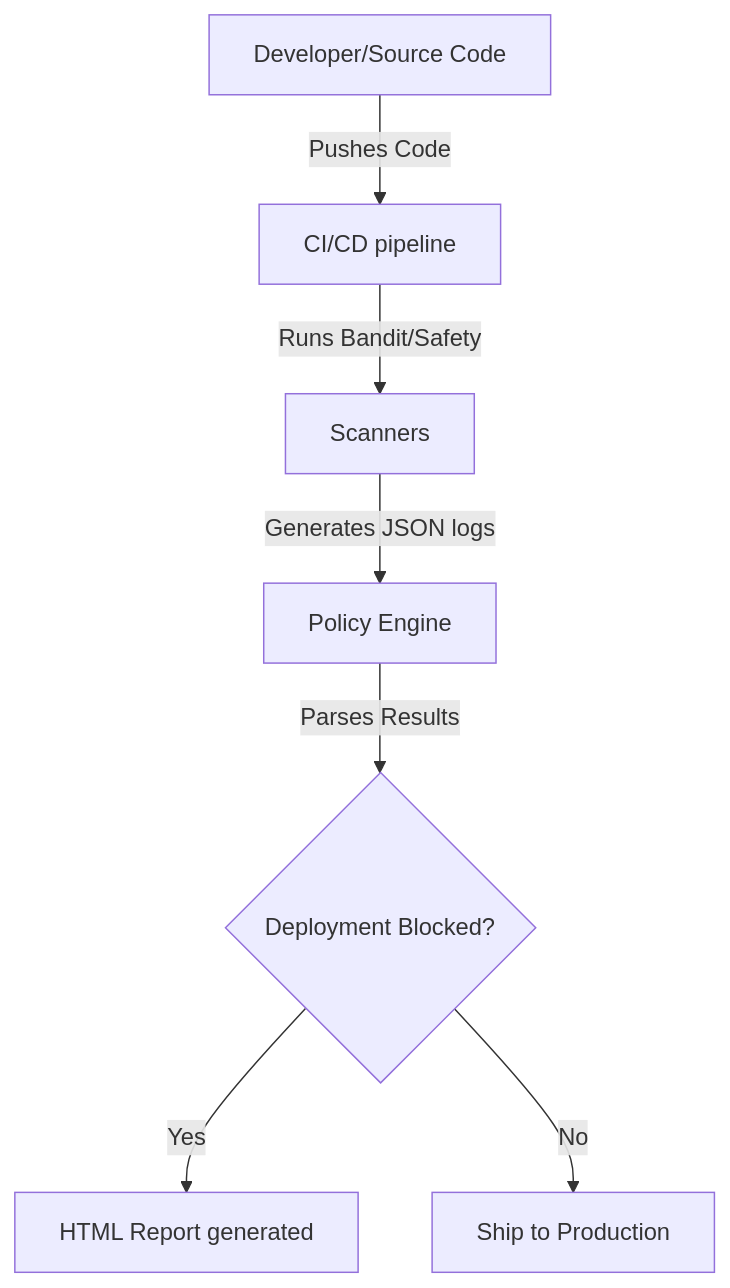
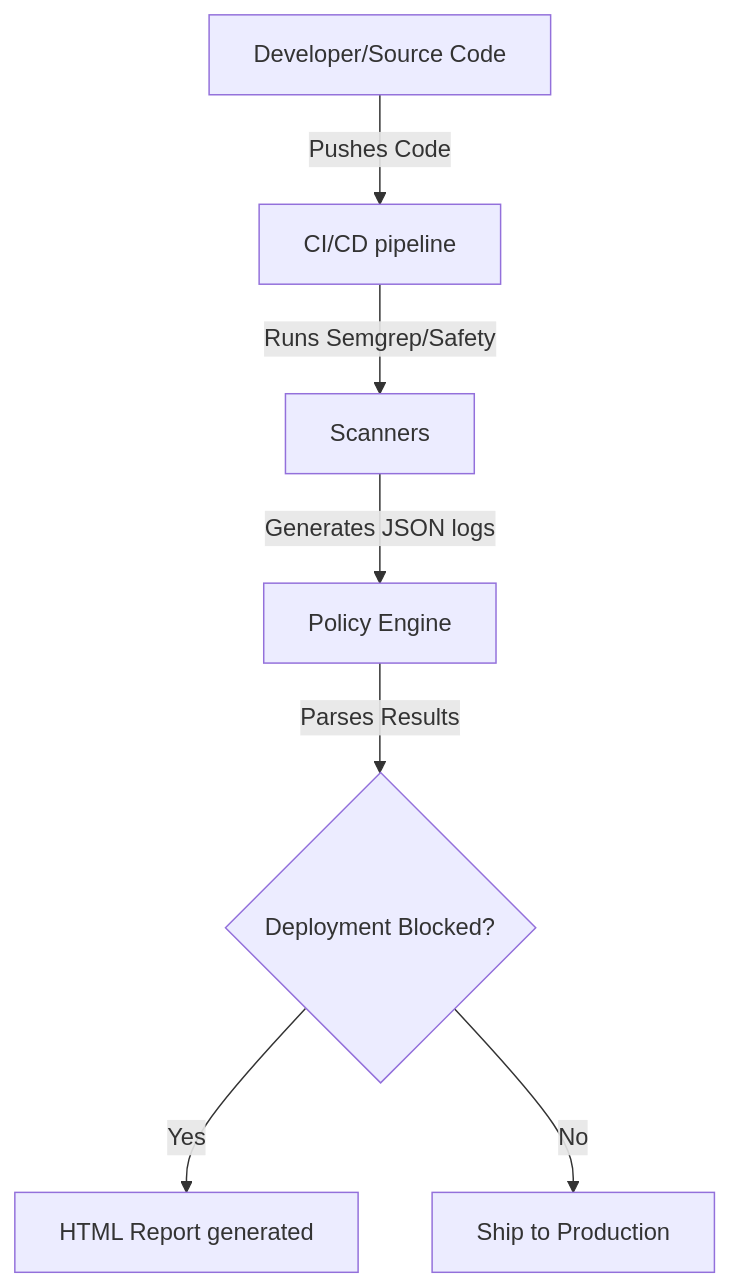
Before and after one commit to huslenine999/secdevops: the diagram in README.md, drawn with Mermaid. The commit also changed other lines of this file, not shown here.

Commit message:
Update README.md with Semgrep and multi-language support info

````diff
--- a/README.md
+++ b/README.md
@@ -20,9 +20,9 @@
 ```mermaid
 graph TD
     Dev[Developer/Source Code] -->|Pushes Code| CI[CI/CD pipeline]
-    CI -->|Runs Bandit/Safety| Scan[Scanners]
+    CI -->|Runs Semgrep/Safety| Scan[Scanners]
     Scan -->|Generates JSON logs| Engine[Policy Engine]
     Engine -->|Parses Results| Decision{Deployment Blocked?}
     Decision -->|Yes| Report[HTML Report generated]
     Decision -->|No| Deploy[Ship to Production]
 ```
````
